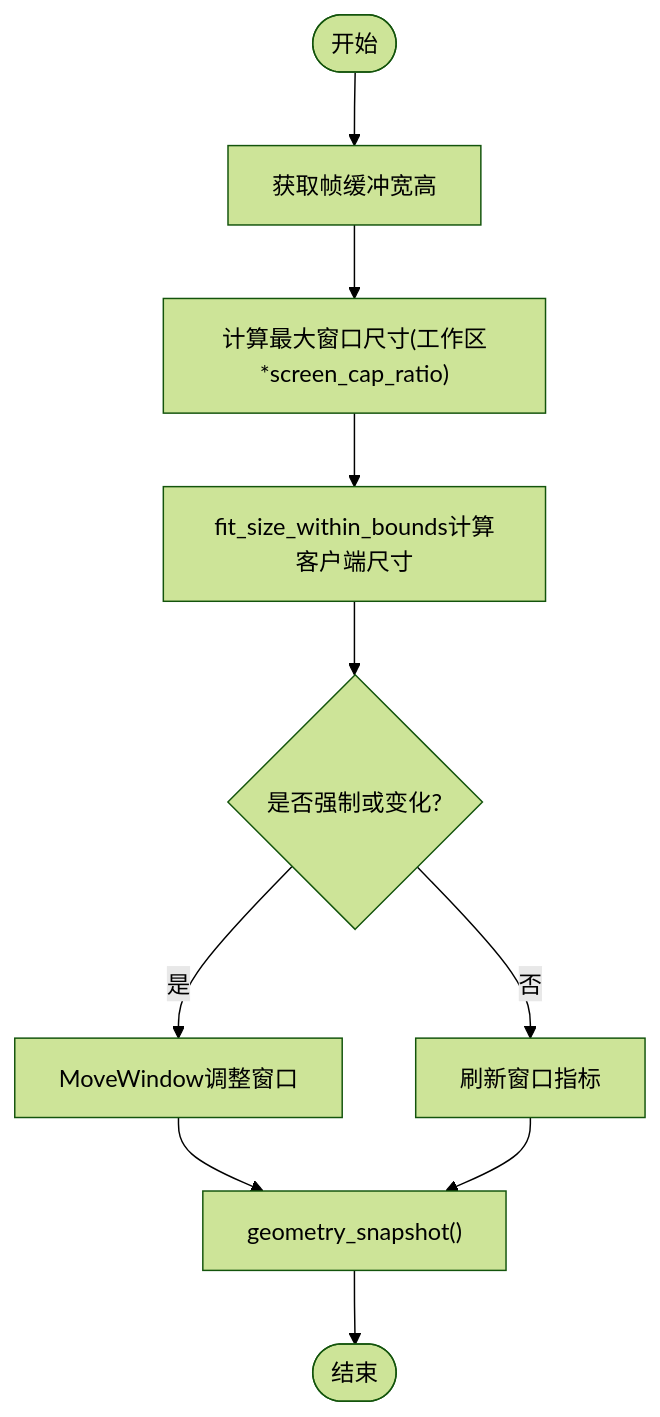
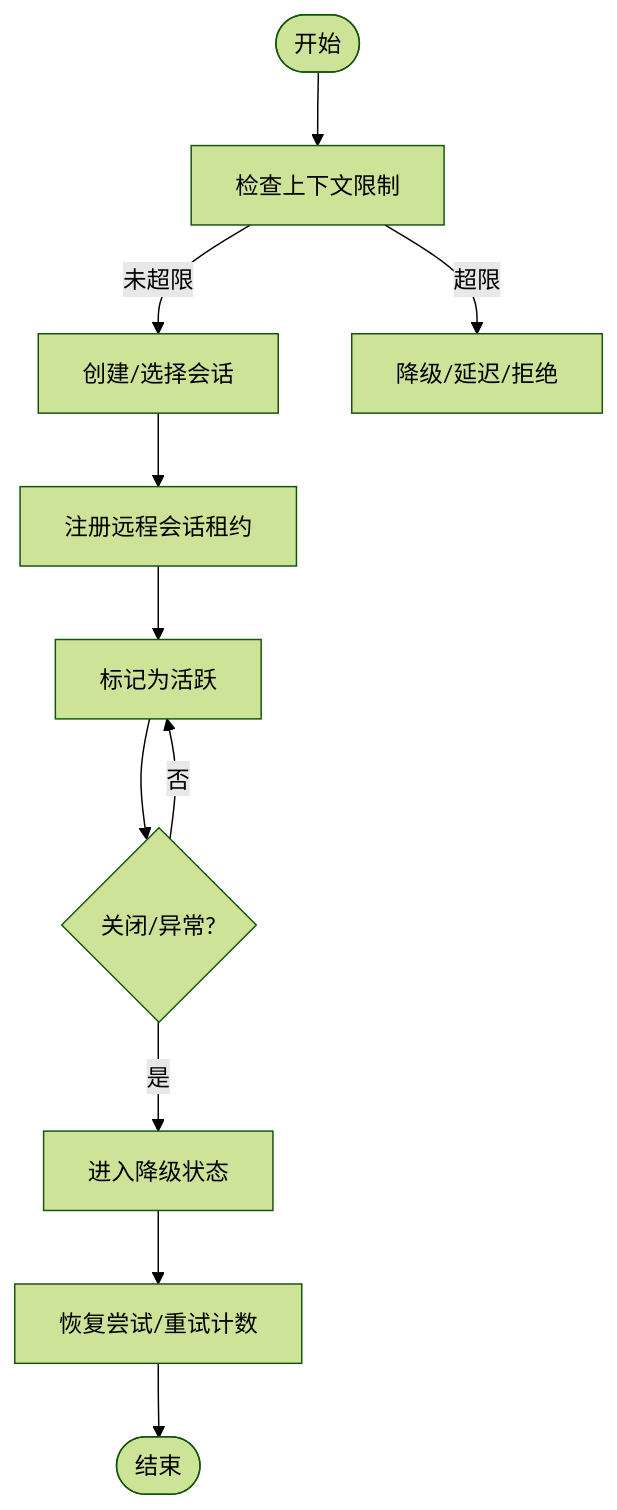
The seventh of 13 diagrams in .qoder/repowiki/zh/content/核心概念/会话模型.md (haolange/RDC-Tool), drawn with Mermaid (forest theme) before and after one commit. The commit also changed other lines of this file and 180 other files, not shown here.

````diff
--- a/.qoder/repowiki/zh/content/核心概念/会话模型.md
+++ b/.qoder/repowiki/zh/content/核心概念/会话模型.md
@@ -240,12 +323,13 @@
 ```mermaid
 flowchart TD
-Start(["开始"]) --> GetFB["获取帧缓冲宽高"]
-GetFB --> CalcMax["计算最大窗口尺寸(工作区*screen_cap_ratio)"]
-CalcMax --> Fit["fit_size_within_bounds计算客户端尺寸"]
-Fit --> Apply{"是否强制或变化?"}
-Apply --> |是| Resize["MoveWindow调整窗口"]
-Apply --> |否| Refresh["刷新窗口指标"]
-Resize --> Snap["geometry_snapshot()"]
-Refresh --> Snap
-Snap --> End(["结束"])
+Start(["开始"]) --> CheckLimit["检查上下文限制"]
+CheckLimit --> |未超限| CreateSession["创建/选择会话"]
+CheckLimit --> |超限| DeferOrReject["降级/延迟/拒绝"]
+CreateSession --> Lease["注册远程会话租约"]
+Lease --> Live["标记为活跃"]
+Live --> CloseOrErr{"关闭/异常?"}
+CloseOrErr --> |否| Live
+CloseOrErr --> |是| Degraded["进入降级状态"]
+Degraded --> Recover["恢复尝试/重试计数"]
+Recover --> End(["结束"])
 ```
````
